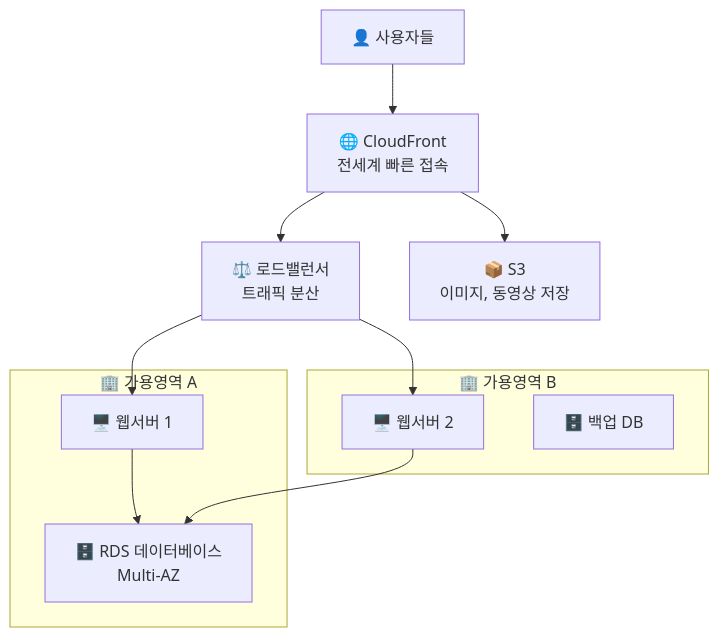
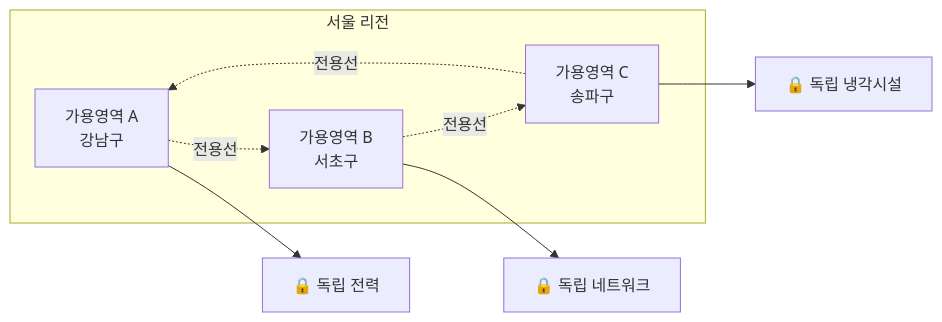
One commit to yjshin-cloud/TIL changed the fourth of 19 diagrams in docs/Edu/BootCamp/LikeLionCloudEngineering_4th/1_DailyStudy/Week_09/20250925.md. Above: the diagram before and after it, drawn with Mermaid. The commit also changed other lines of this file, not shown here.

````diff
--- a/docs/Edu/BootCamp/LikeLionCloudEngineering_4th/1_DailyStudy/Week_09/20250925.md
+++ b/docs/Edu/BootCamp/LikeLionCloudEngineering_4th/1_DailyStudy/Week_09/20250925.md
@@ -96,23 +95,16 @@
 ```mermaid
-graph TB
-    User[👤 사용자들] --> CloudFront[🌐 CloudFront<br/>전세계 빠른 접속]
-    CloudFront --> ALB[⚖️ 로드밸런서<br/>트래픽 분산]
-    
-    ALB --> EC2-1[🖥️ 웹서버 1]
-    ALB --> EC2-2[🖥️ 웹서버 2]
-    
-    EC2-1 --> RDS[🗄️ RDS 데이터베이스<br/>Multi-AZ]
-    EC2-2 --> RDS
-    
-    CloudFront --> S3[📦 S3<br/>이미지, 동영상 저장]
-    
-    subgraph AZ1["🏢 가용영역 A"]
-        EC2-1
-        RDS
+graph LR
+    subgraph "서울 리전"
+        AZ1[가용영역 A<br/>강남구]
+        AZ2[가용영역 B<br/>서초구] 
+        AZ3[가용영역 C<br/>송파구]
     end
     
-    subgraph AZ2["🏢 가용영역 B"]
-        EC2-2
-        RDS-Standby[🗄️ 백업 DB]
-    end
+    AZ1 -.전용선.-> AZ2
+    AZ2 -.전용선.-> AZ3
+    AZ3 -.전용선.-> AZ1
+    
+    AZ1 --> Safe1[🔒 독립 전력]
+    AZ2 --> Safe2[🔒 독립 네트워크]
+    AZ3 --> Safe3[🔒 독립 냉각시설]
 ```
````
